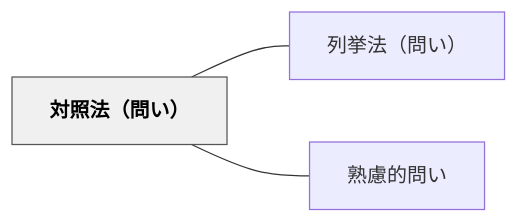
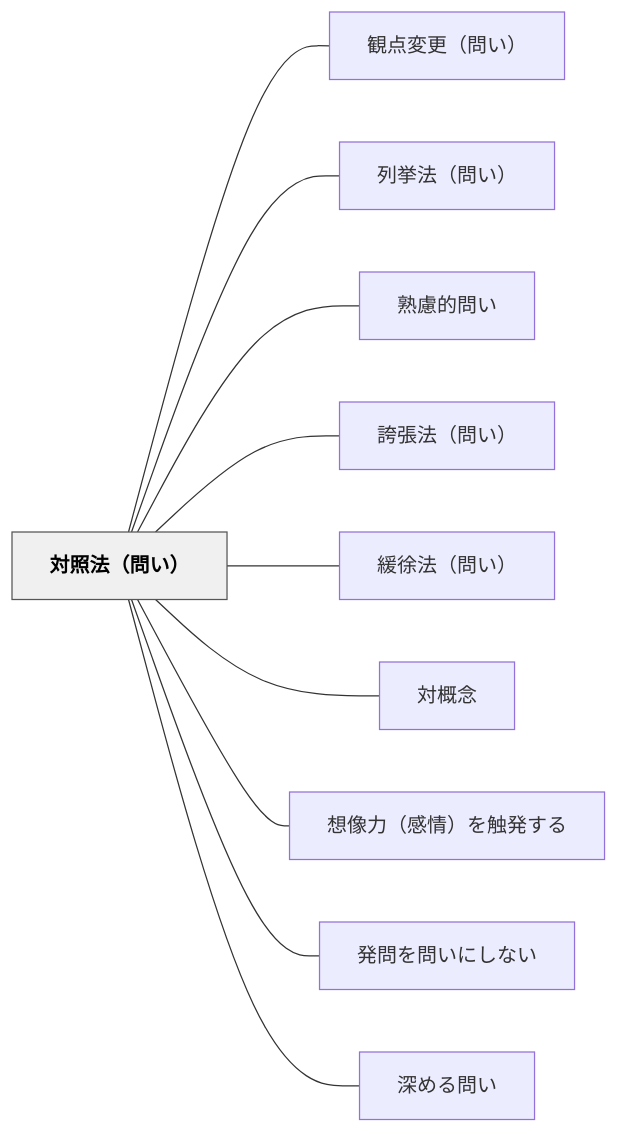
The diagram in content/パタン/対照法（問い）.md (unknownthings-ed-patterns/unknownthings-ed-patterns), drawn with Mermaid before and after one commit. The commit also changed other lines of this file and 44 other files, not shown here.

````diff
--- a/content/パタン/対照法（問い）.md
+++ b/content/パタン/対照法（問い）.md
@@ -39,12 +46,26 @@
 ```mermaid
 flowchart LR
     ne5afbee785a7e6b395efbc88e5958fe38184efbc89["対照法（問い）"]
+    ne8a6b3e782b9e5a489e69bb4efbc88e5958fe38184efbc89["観点変更（問い）"]
     ne58897e68c99e6b395efbc88e5958fe38184efbc89["列挙法（問い）"]
     ne7869fe685aee79a84e5958fe38184["熟慮的問い"]
+    ne8aa87e5bcb5e6b395efbc88e5958fe38184efbc89["誇張法（問い）"]
+    ne7b7a9e5be90e6b395efbc88e5958fe38184efbc89["緩徐法（問い）"]
+    ne5afbee6a682e5bfb5["対概念"]
+    ne683b3e5838fe58a9befbc88e6849fe68385efbc89e38292e8a7a6e799bae38199e3828b["想像力（感情）を触発する"]
+    ne799bae5958fe38292e5958fe38184e381abe38197e381aae38184["発問を問いにしない"]
+    ne6b7b1e38281e3828be5958fe38184["深める問い"]
 
+    ne5afbee785a7e6b395efbc88e5958fe38184efbc89 --- ne8a6b3e782b9e5a489e69bb4efbc88e5958fe38184efbc89
     ne5afbee785a7e6b395efbc88e5958fe38184efbc89 --- ne58897e68c99e6b395efbc88e5958fe38184efbc89
     ne5afbee785a7e6b395efbc88e5958fe38184efbc89 --- ne7869fe685aee79a84e5958fe38184
+    ne5afbee785a7e6b395efbc88e5958fe38184efbc89 --- ne8aa87e5bcb5e6b395efbc88e5958fe38184efbc89
+    ne5afbee785a7e6b395efbc88e5958fe38184efbc89 --- ne7b7a9e5be90e6b395efbc88e5958fe38184efbc89
+    ne5afbee785a7e6b395efbc88e5958fe38184efbc89 --- ne5afbee6a682e5bfb5
+    ne5afbee785a7e6b395efbc88e5958fe38184efbc89 --- ne683b3e5838fe58a9befbc88e6849fe68385efbc89e38292e8a7a6e799bae38199e3828b
+    ne5afbee785a7e6b395efbc88e5958fe38184efbc89 --- ne799bae5958fe38292e5958fe38184e381abe38197e381aae38184
+    ne5afbee785a7e6b395efbc88e5958fe38184efbc89 --- ne6b7b1e38281e3828be5958fe38184
 
     classDef hub fill:#f0f0f0,stroke:#555,color:#000,font-weight:bold
     class ne5afbee785a7e6b395efbc88e5958fe38184efbc89 hub
 ```
````
